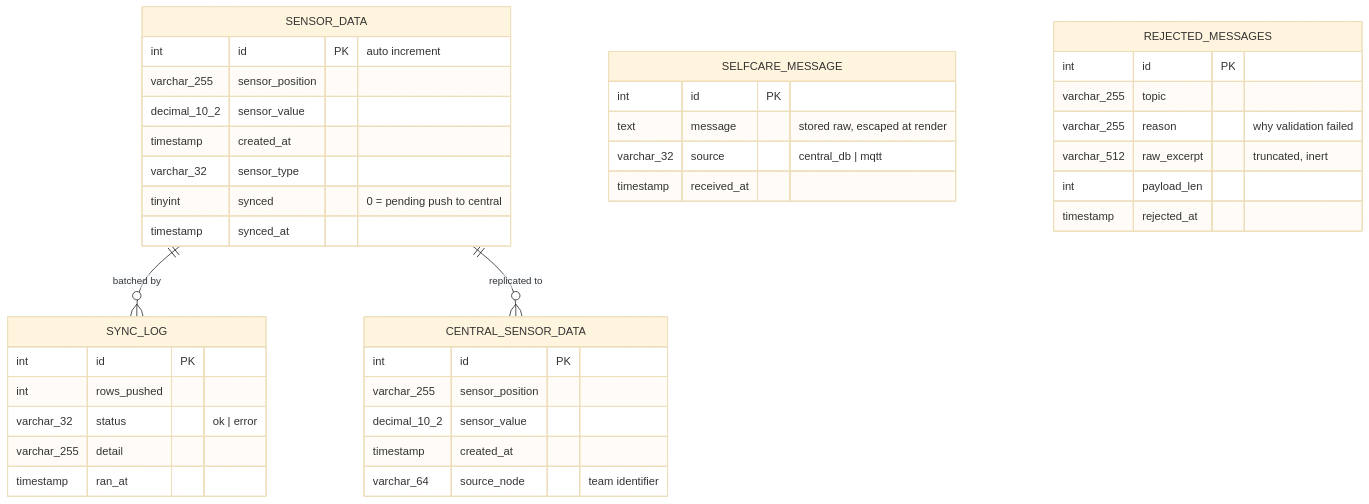
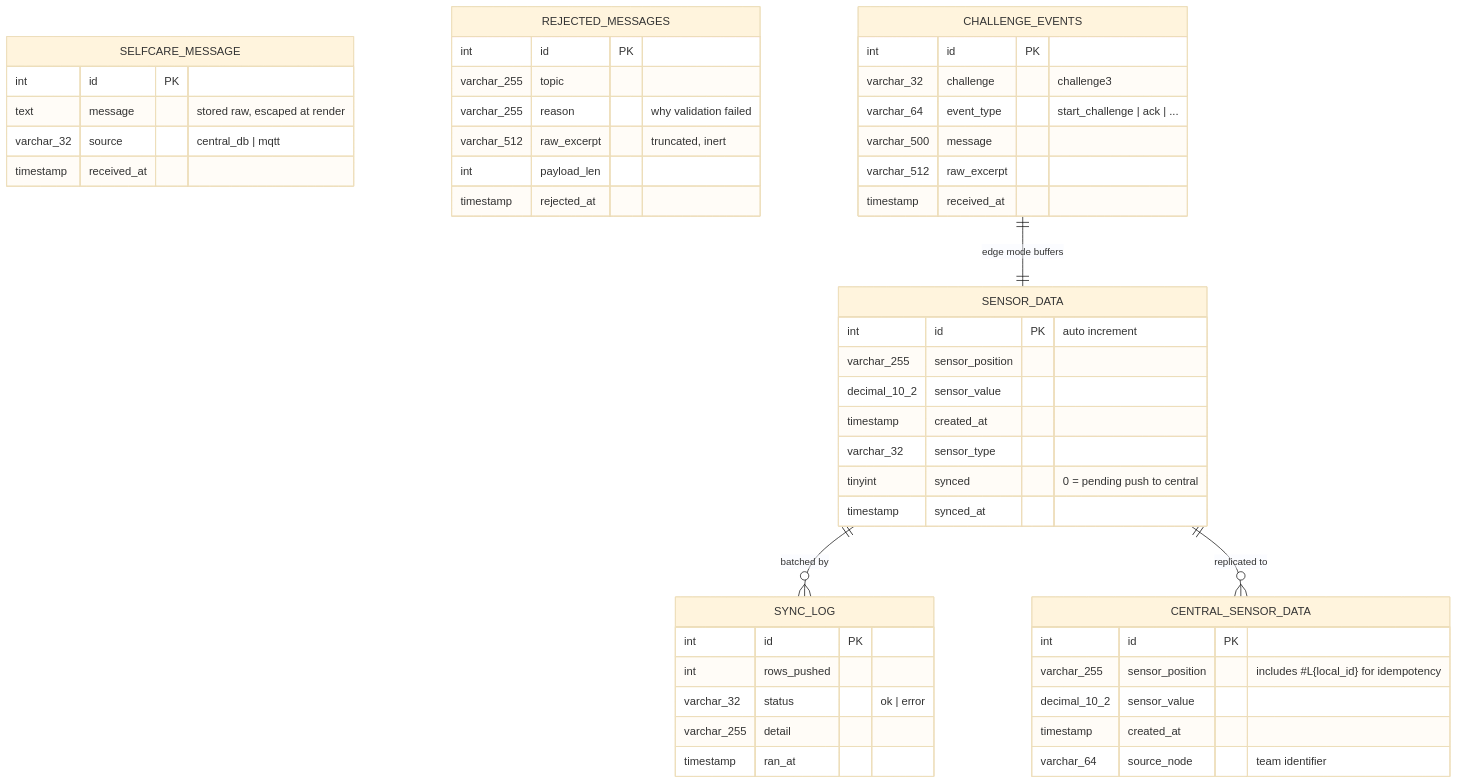
Before and after one commit to NicholasWongDaBest/HackMy2026: the diagram in docs/erd.mmd, drawn with Mermaid (base theme). The commit also changed 20 other files, not shown here.

First line of the commit message:
Implement Challenge 3 Alien Attack offline edge resilience.

```diff
--- a/docs/erd.mmd
+++ b/docs/erd.mmd
@@ -1,43 +1,52 @@
 %% Task 1 submission - Entity Relationship Diagram
 %% Render at https://mermaid.live and export PNG into docs/
 erDiagram
     SENSOR_DATA {
         int           id PK "auto increment"
         varchar_255   sensor_position
         decimal_10_2  sensor_value
         timestamp     created_at
         varchar_32    sensor_type
         tinyint       synced "0 = pending push to central"
         timestamp     synced_at
     }
     SELFCARE_MESSAGE {
         int         id PK
         text        message "stored raw, escaped at render"
         varchar_32  source "central_db | mqtt"
         timestamp   received_at
     }
     REJECTED_MESSAGES {
         int          id PK
         varchar_255  topic
         varchar_255  reason "why validation failed"
         varchar_512  raw_excerpt "truncated, inert"
         int          payload_len
         timestamp    rejected_at
     }
     SYNC_LOG {
         int          id PK
         int          rows_pushed
         varchar_32   status "ok | error"
         varchar_255  detail
         timestamp    ran_at
     }
+    CHALLENGE_EVENTS {
+        int          id PK
+        varchar_32   challenge "challenge3"
+        varchar_64   event_type "start_challenge | ack | ..."
+        varchar_500  message
+        varchar_512  raw_excerpt
+        timestamp    received_at
+    }
     CENTRAL_SENSOR_DATA {
         int           id PK
-        varchar_255   sensor_position
+        varchar_255   sensor_position "includes #L{local_id} for idempotency"
         decimal_10_2  sensor_value
         timestamp     created_at
         varchar_64    source_node "team identifier"
     }
 
     SENSOR_DATA ||--o{ SYNC_LOG : "batched by"
     SENSOR_DATA ||--o{ CENTRAL_SENSOR_DATA : "replicated to"
+    CHALLENGE_EVENTS ||--|| SENSOR_DATA : "edge mode buffers"
```
